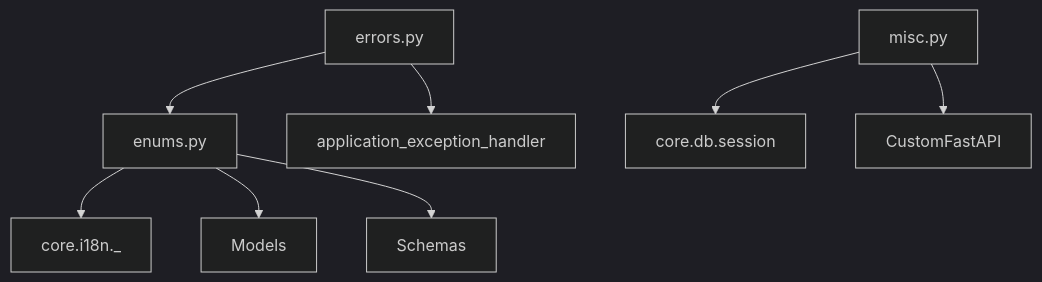
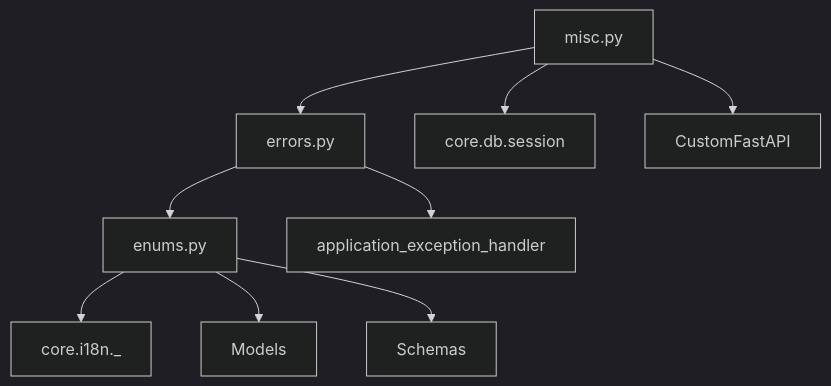
The first of 2 diagrams in docs/wiki/utilities.md (Tap2Cloud/backend-public), drawn with Mermaid (dark theme) before and after one commit. The commit also changed other lines of this file and 15 other files, not shown here.

````diff
--- a/docs/wiki/utilities.md
+++ b/docs/wiki/utilities.md
@@ -9,10 +9,11 @@
 ```mermaid
 graph TD
   Enums[enums.py] --> I18n[core.i18n._]
   Errors[errors.py] --> Enums
   Misc[misc.py] --> Session[core.db.session]
   Errors --> Handler[application_exception_handler]
   Enums --> Models[Models]
   Enums --> Schemas[Schemas]
   Misc --> App[CustomFastAPI]
+  Misc --> Errors
 ```
````
